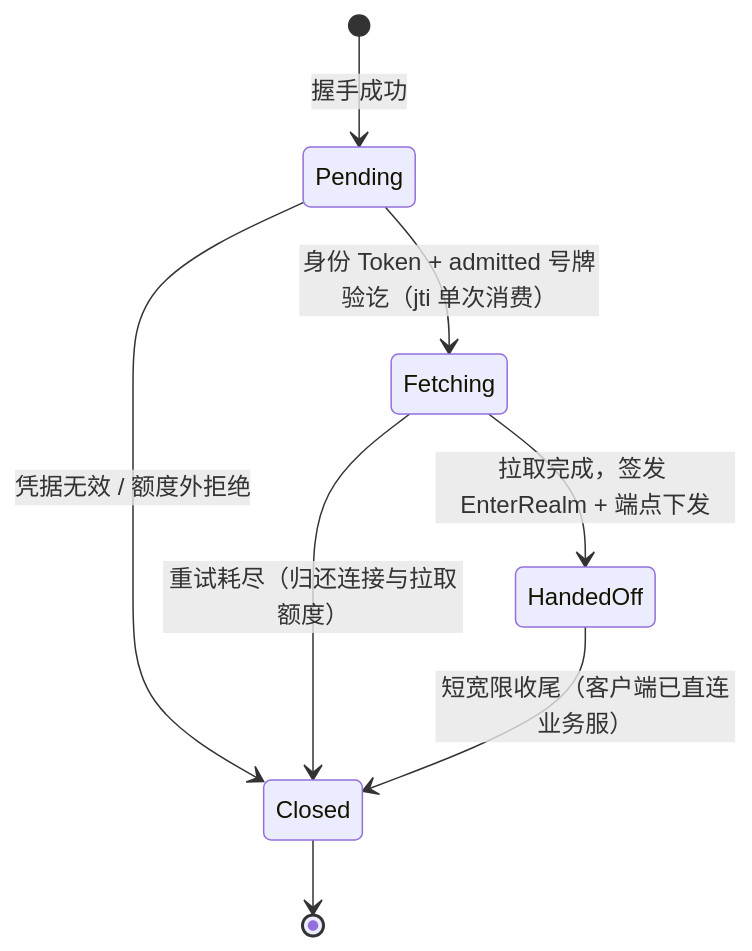
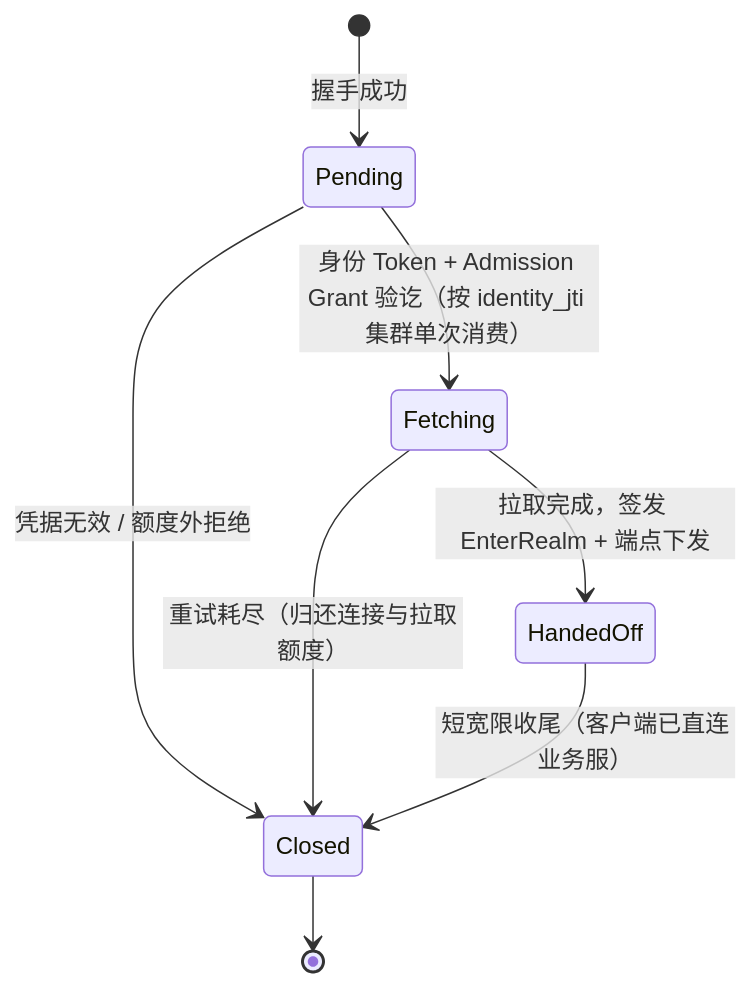
One commit to lvivvde/RealmMesh changed the second of 2 diagrams in README.md. Above: the diagram before and after it, drawn with Mermaid. The commit also changed other lines of this file and 6 other files, not shown here.

````diff
--- a/README.md
+++ b/README.md
@@ -127,10 +164,10 @@
 ```mermaid
 stateDiagram-v2
     [*] --> Pending: 握手成功
-    Pending --> Fetching: 身份 Token + admitted 号牌验讫（jti 单次消费）
+    Pending --> Fetching: 身份 Token + Admission Grant 验讫（按 identity_jti 集群单次消费）
     Pending --> Closed: 凭据无效 / 额度外拒绝
     Fetching --> HandedOff: 拉取完成，签发 EnterRealm + 端点下发
     Fetching --> Closed: 重试耗尽（归还连接与拉取额度）
     HandedOff --> Closed: 短宽限收尾（客户端已直连业务服）
     Closed --> [*]
 ```
````
